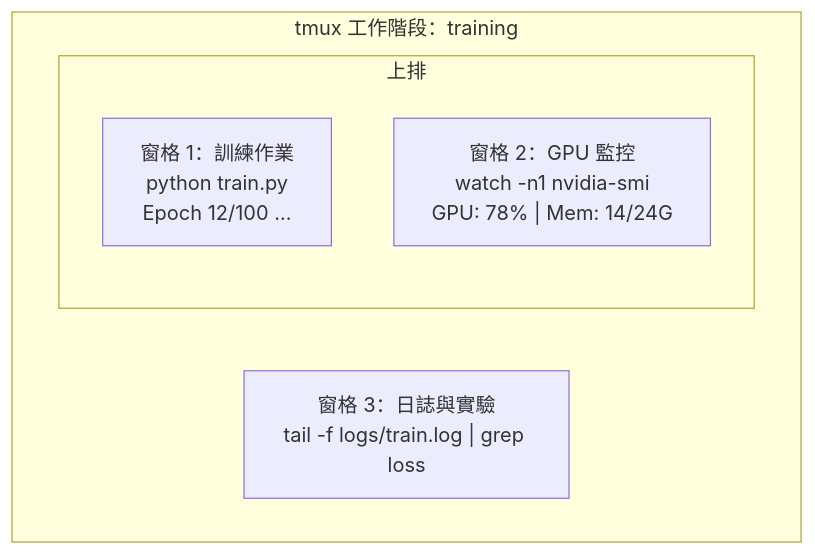
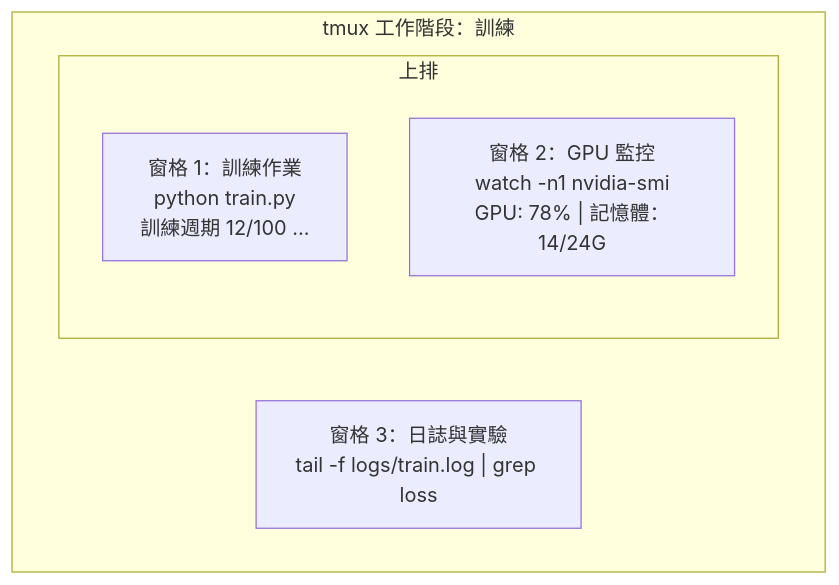
One commit to edward821220/ai-engineering-from-scratch changed the diagram in i18n/zh-TW/phases/00-setup-and-tooling/10-terminal-and-shell/docs/zh-TW.md. Above: the diagram before and after it, drawn with Mermaid. The commit also changed other lines of this file and 123 other files, not shown here.

````diff
--- a/i18n/zh-TW/phases/00-setup-and-tooling/10-terminal-and-shell/docs/zh-TW.md
+++ b/i18n/zh-TW/phases/00-setup-and-tooling/10-terminal-and-shell/docs/zh-TW.md
@@ -25,10 +25,10 @@
 ```mermaid
 graph TD
-    subgraph tmux["tmux 工作階段：training"]
+    subgraph tmux["tmux 工作階段：訓練"]
         subgraph top["上排"]
-            P1["窗格 1：訓練作業<br/>python train.py<br/>Epoch 12/100 ..."]
-            P2["窗格 2：GPU 監控<br/>watch -n1 nvidia-smi<br/>GPU: 78% | Mem: 14/24G"]
+            P1["窗格 1：訓練作業<br/>python train.py<br/>訓練週期 12/100 ..."]
+            P2["窗格 2：GPU 監控<br/>watch -n1 nvidia-smi<br/>GPU: 78% | 記憶體：14/24G"]
         end
         P3["窗格 3：日誌與實驗<br/>tail -f logs/train.log | grep loss"]
     end
 ```
````
